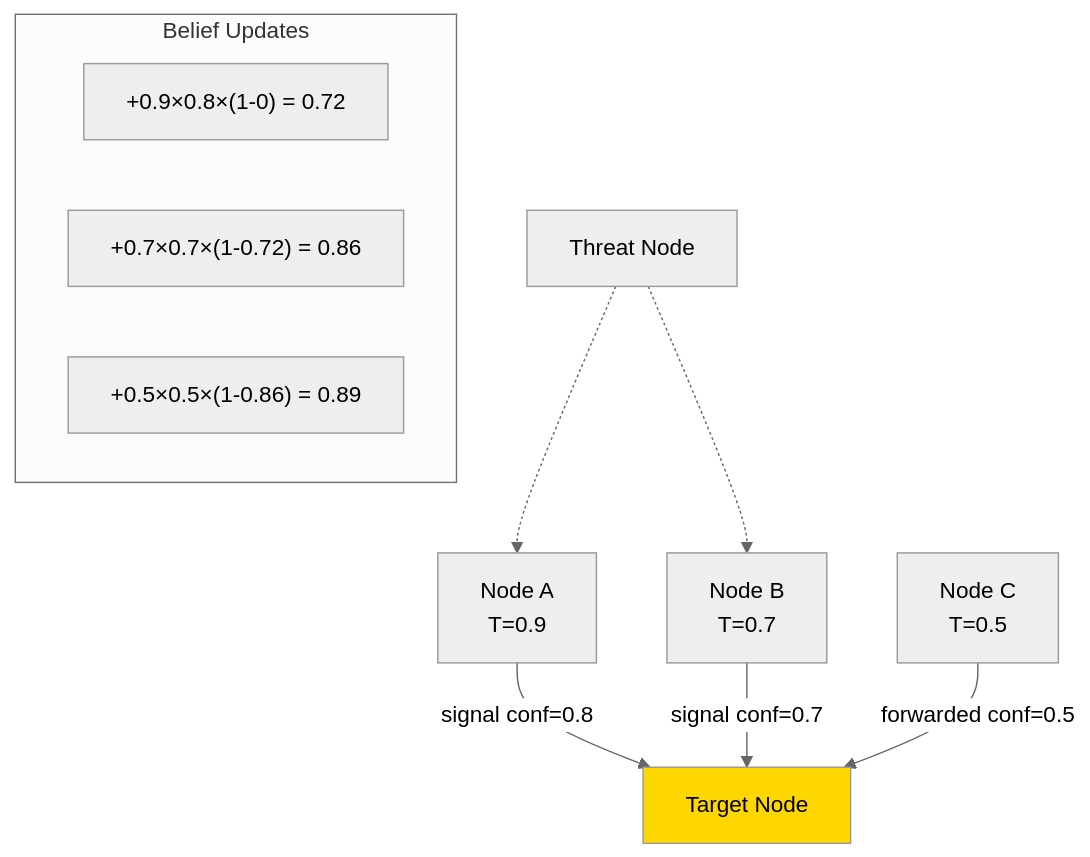
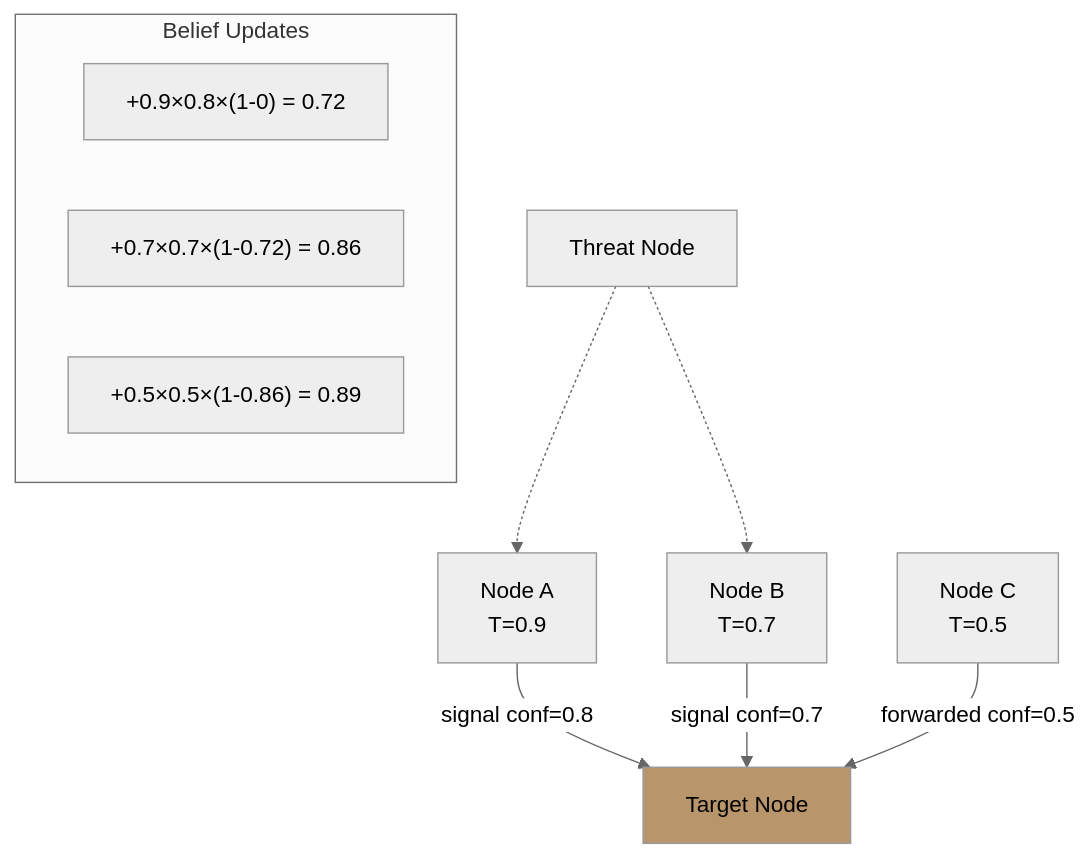
One commit to ScopeCreep-zip/Symbiont changed the fourth of 5 diagrams in docs/protocol/defense-signaling.md. Above: the diagram before and after it, drawn with Mermaid (neutral theme). The commit also changed other lines of this file and 17 other files, not shown here.

Commit message:
update to diagram colors

````diff
--- a/docs/protocol/defense-signaling.md
+++ b/docs/protocol/defense-signaling.md
@@ -435,25 +435,25 @@
 ```mermaid
 graph TB
     THREAT[Threat Node]
 
     A[Node A<br/>T=0.9]
     B[Node B<br/>T=0.7]
     C[Node C<br/>T=0.5]
 
     TARGET[Target Node]
 
     THREAT -.-> A
     THREAT -.-> B
 
     A -->|signal conf=0.8| TARGET
     B -->|signal conf=0.7| TARGET
     C -->|forwarded conf=0.5| TARGET
 
     subgraph "Belief Updates"
         U1["+0.9×0.8×(1-0) = 0.72"]
         U2["+0.7×0.7×(1-0.72) = 0.86"]
         U3["+0.5×0.5×(1-0.86) = 0.89"]
     end
 
-    style TARGET fill:#FFD700
+    style TARGET fill:#b8956b
 ```
````
